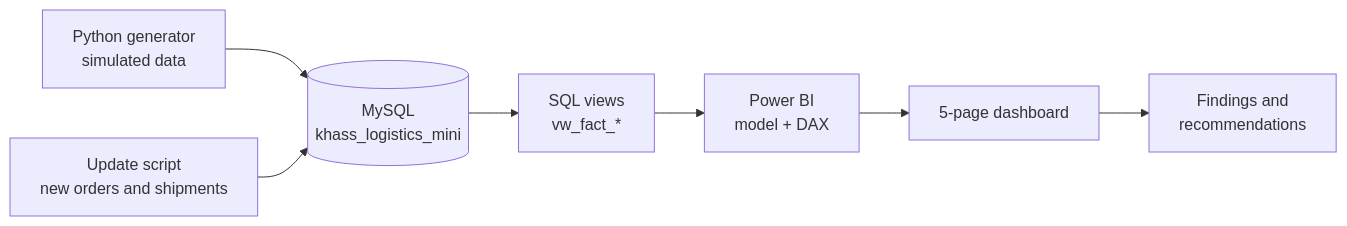
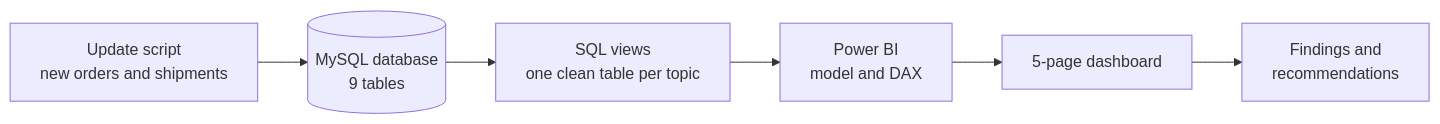
Before and after one commit to Tjulde/logistics-performance-dashboard-mysql-powerbi: the diagram in README.md, drawn with Mermaid. The commit also changed other lines of this file, not shown here.

````diff
--- a/README.md
+++ b/README.md
@@ -65,9 +85,8 @@
 ```mermaid
 flowchart LR
-  A["Python generator<br/>simulated data"] --> B[("MySQL<br/>khass_logistics_mini")]
-  G["Update script<br/>new orders and shipments"] --> B
-  B --> C["SQL views<br/>vw_fact_*"]
-  C --> D["Power BI<br/>model + DAX"]
-  D --> E["5-page dashboard"]
-  E --> F["Findings and<br/>recommendations"]
+  A[("MySQL database<br/>9 tables")] --> B["SQL views<br/>one clean table per topic"]
+  B --> C["Power BI<br/>model and DAX"]
+  C --> D["5-page dashboard"]
+  D --> E["Findings and<br/>recommendations"]
+  F["Update script<br/>new orders and shipments"] --> A
 ```
````
